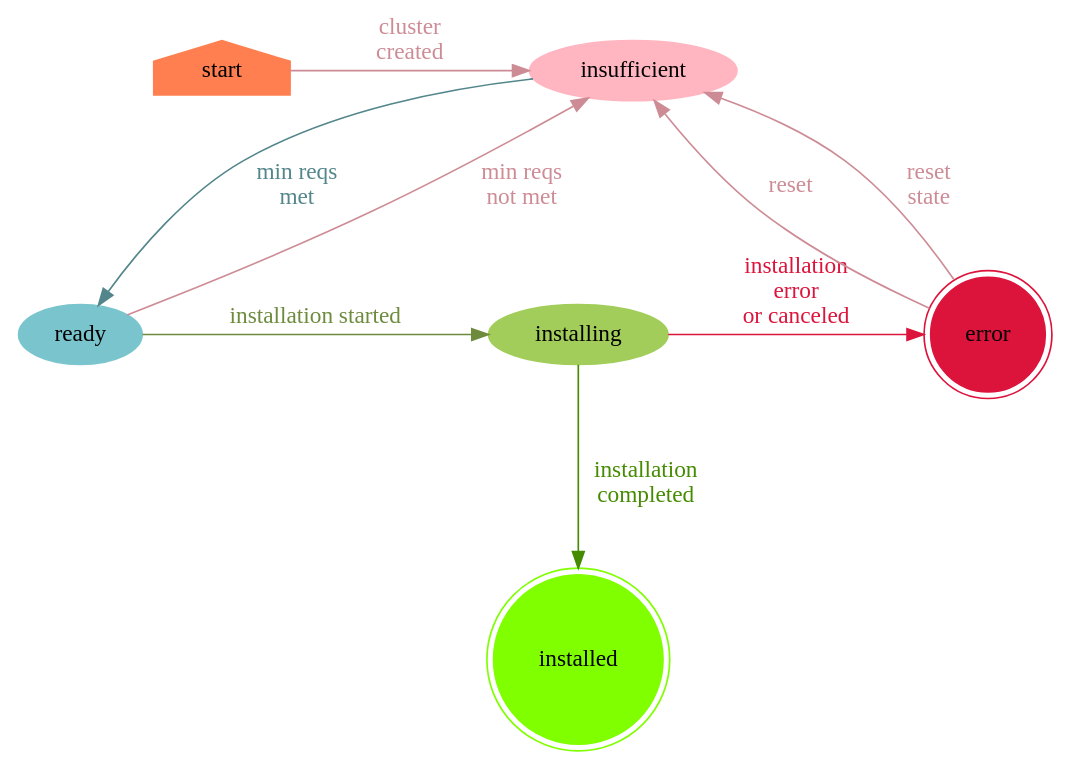
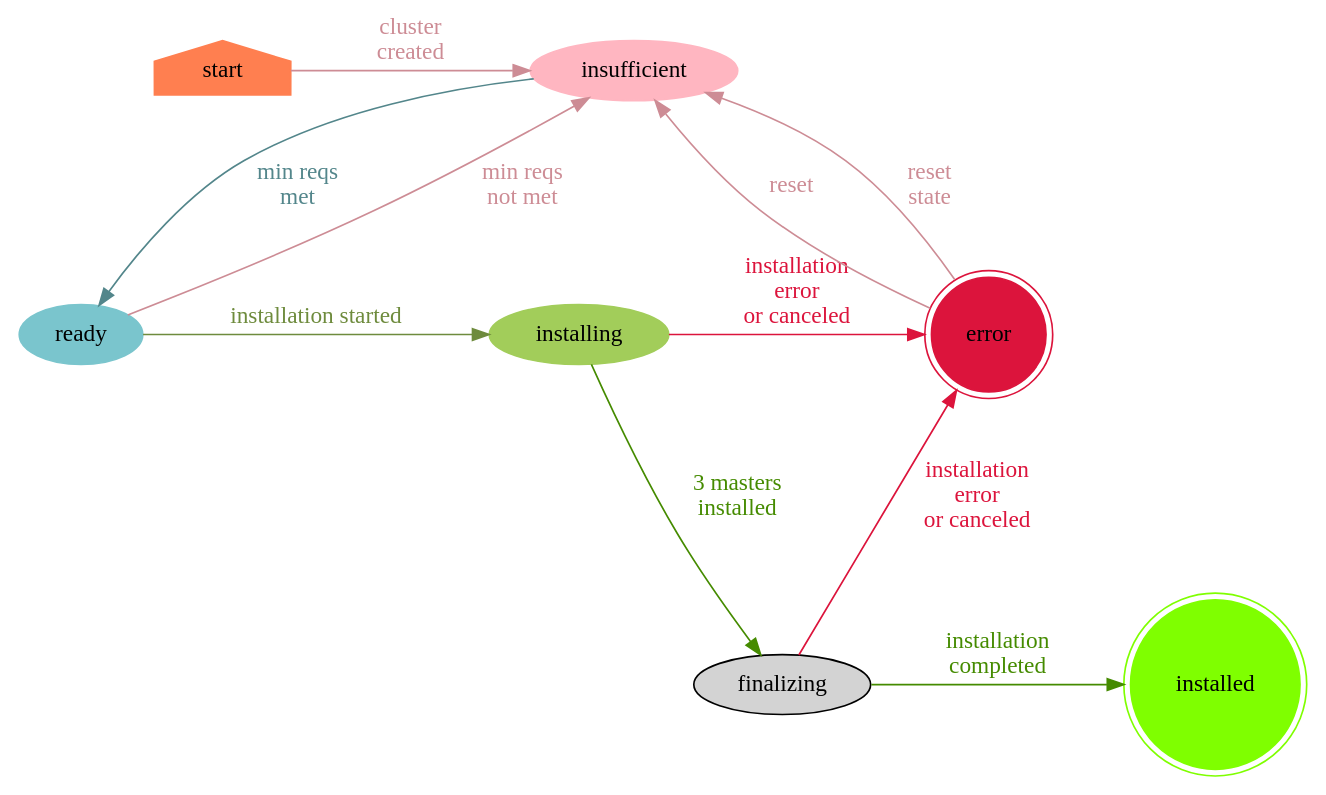
One commit to openshift/assisted-service changed the diagram in docs/ClusterState.dot. Above: the diagram before and after it, drawn with Graphviz. The commit also changed 1 other file, not shown here.

```diff
--- a/docs/ClusterState.dot
+++ b/docs/ClusterState.dot
@@ -1,26 +1,29 @@
 digraph ClusterStateMachine {
     graph [nodesep = "1.0", ranksep = "1.0"];
     node [style = filled];
 
     start [shape = house, color = coral];
     insufficient [color = lightpink];
     ready [color = cadetblue3];
     installing [color = darkolivegreen3];
     installed [shape = doublecircle, color = chartreuse];
     error [shape = doublecircle, color = crimson];
 
     start -> insufficient [label = "cluster\ncreated", color=lightpink3, fontcolor=lightpink3];
     insufficient -> ready [label = "min reqs\nmet", color=cadetblue4, fontcolor=cadetblue4];
     ready -> insufficient [label = "min reqs\nnot met", color=lightpink3, fontcolor=lightpink3];
     error -> insufficient [label = "reset", color=lightpink3, fontcolor=lightpink3];
     ready -> installing [label = "installation started", color=darkolivegreen4, fontcolor=darkolivegreen4];
-    installing -> installed [label = "installation\ncompleted", color=chartreuse4, fontcolor=chartreuse4];
+    installing -> finalizing [label = "3 masters\ninstalled", color=chartreuse4, fontcolor=chartreuse4];
     installing -> error [label = "installation\nerror\nor canceled", color=crimson, fontcolor=crimson];
+    finalizing -> installed [label = "installation\ncompleted", color=chartreuse4, fontcolor=chartreuse4];
+    finalizing -> error [label = "installation\nerror\nor canceled", color=crimson, fontcolor=crimson];
     error -> insufficient [label = "reset\nstate", color=lightpink3, fontcolor=lightpink3];
 
     {rank=min; start}
     {rank=max; installed}
     {rank=same; start; insufficient}
     {rank=same; ready; installing; error}
-    {rank=same; installed}
+    {rank=same; installing; error}
+    {rank=same; installed; finalizing}
 }
```
